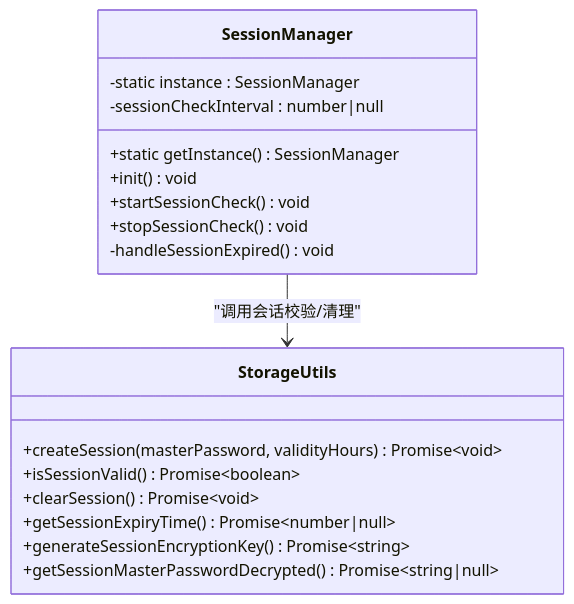
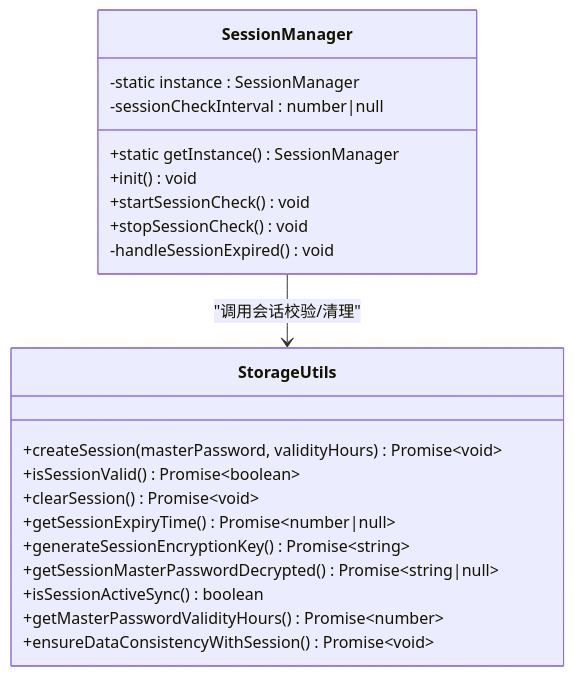
One commit to liaolongdong/account-password-helper changed the third of 19 diagrams in .qoder/repowiki/zh/content/核心模块/会话管理.md. Above: the diagram before and after it, drawn with Mermaid. The commit also changed other lines of this file and 23 other files, not shown here.

````diff
--- a/.qoder/repowiki/zh/content/核心模块/会话管理.md
+++ b/.qoder/repowiki/zh/content/核心模块/会话管理.md
@@ -136,21 +170,24 @@
 ```mermaid
 classDiagram
 class SessionManager {
 -static instance : SessionManager
 -sessionCheckInterval : number|null
 +static getInstance() SessionManager
 +init() void
 +startSessionCheck() void
 +stopSessionCheck() void
 -handleSessionExpired() void
 }
 class StorageUtils {
 +createSession(masterPassword, validityHours) Promise~void~
 +isSessionValid() Promise~boolean~
 +clearSession() Promise~void~
 +getSessionExpiryTime() Promise~number|null~
 +generateSessionEncryptionKey() Promise~string~
 +getSessionMasterPasswordDecrypted() Promise~string|null~
++isSessionActiveSync() boolean
++getMasterPasswordValidityHours() Promise~number~
++ensureDataConsistencyWithSession() Promise~void~
 }
 SessionManager --> StorageUtils : "调用会话校验/清理"
 ```
````
